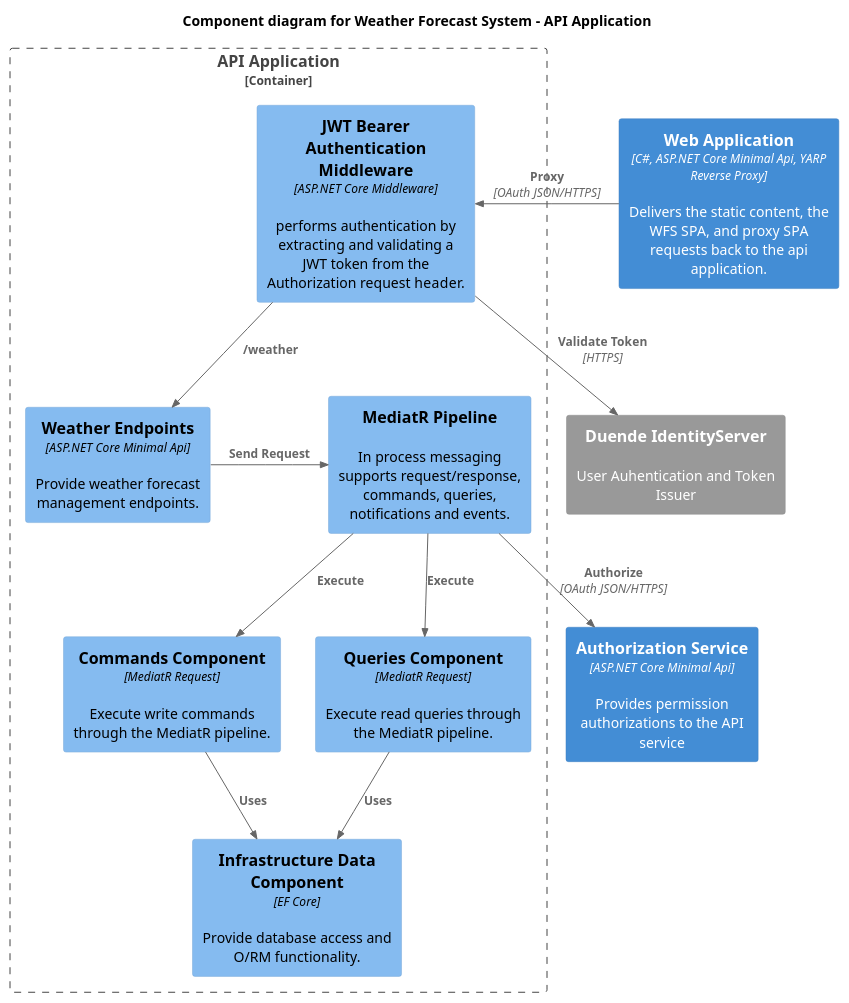
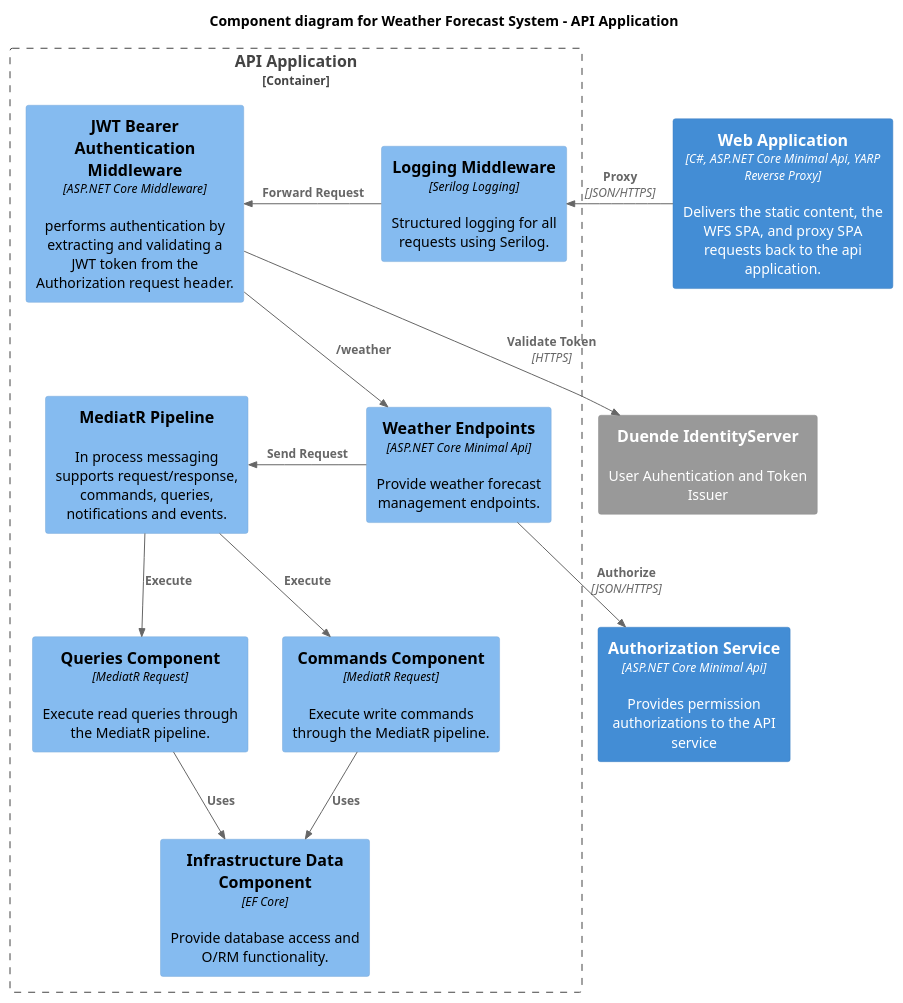
Before and after one commit to salmarsumi/CleanArchitecture: the diagram in architecture/component_api.puml, drawn with PlantUML. The commit also changed 6 other files, not shown here.

Commit message:
architectural diagrams

```diff
--- a/architecture/component_api.puml
+++ b/architecture/component_api.puml
@@ -1,34 +1,36 @@
 @startuml
 
 !include https://raw.githubusercontent.com/plantuml-stdlib/C4-PlantUML/master/C4_Component.puml
 
 HIDE_STEREOTYPE()
 
 title Component diagram for Weather Forecast System - API Application
 
 Container(web_app, "Web Application", "C#, ASP.NET Core Minimal Api, YARP Reverse Proxy", "Delivers the static content, the WFS SPA, and proxy SPA requests back to the api application.")
 Container(authz, "Authorization Service", "ASP.NET Core Minimal Api", "Provides permission authorizations to the API service")
 
 System_Ext(identity, "Duende IdentityServer", "User Auhentication and Token Issuer")
 
 Container_Boundary(api, "API Application") {
+    Component(log, "Logging Middleware", "Serilog Logging", "Structured logging for all requests using Serilog.")
     Component(auth, "JWT Bearer Authentication Middleware", "ASP.NET Core Middleware", "performs authentication by extracting and validating a JWT token from the Authorization request header.")
     Component(mediatr, "MediatR Pipeline", "", "In process messaging supports request/response, commands, queries, notifications and events.")
     Component(weather_ep, "Weather Endpoints", "ASP.NET Core Minimal Api", "Provide weather forecast management endpoints.")
     Component(data, "Infrastructure Data Component", "EF Core", "Provide database access and O/RM functionality.")
     Component(commands, "Commands Component", "MediatR Request", "Execute write commands through the MediatR pipeline.")
     Component(queries, "Queries Component", "MediatR Request", "Execute read queries through the MediatR pipeline.")
 }
 
 Rel_R(weather_ep, mediatr, "Send Request")
 Rel(mediatr, commands, "Execute")
 Rel(mediatr, queries, "Execute")
 Rel(commands, data, "Uses")
 Rel(queries, data, "Uses")
 
-Rel(mediatr, authz, "Authorize", "OAuth JSON/HTTPS")
+Rel(weather_ep, authz, "Authorize", "JSON/HTTPS")
 Rel(auth, identity, "Validate Token", "HTTPS")
 Rel(auth, weather_ep, "/weather")
-Rel_R(web_app, auth, "Proxy", "OAuth JSON/HTTPS")
+Rel_R(web_app, log, "Proxy", "JSON/HTTPS")
+Rel_L(log, auth, "Forward Request")
 
 @enduml
```
